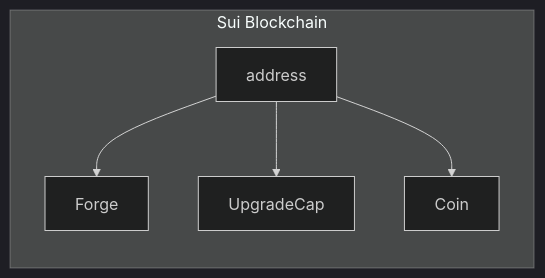
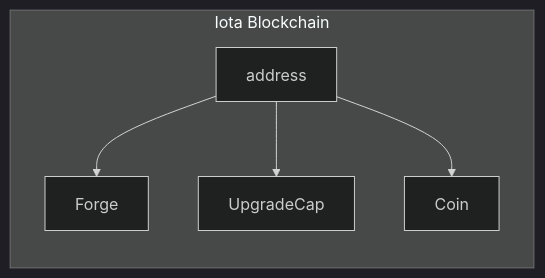
Before and after one commit to rafnixschaf/iota: the first of 2 diagrams in docs/content/guides/developer/first-app/publish.mdx, drawn with Mermaid (dark theme). The commit also changed other lines of this file and 9958 other files, not shown here.

````diff
--- a/docs/content/guides/developer/first-app/publish.mdx
+++ b/docs/content/guides/developer/first-app/publish.mdx
@@ -72,10 +72,10 @@
 ```mermaid
 flowchart TB
 
-    subgraph Sui Blockchain
+    subgraph Iota Blockchain
         direction TB
         address --> Forge
 	address --> UpgradeCap
 	address --> Coin
     end
 ```
````
